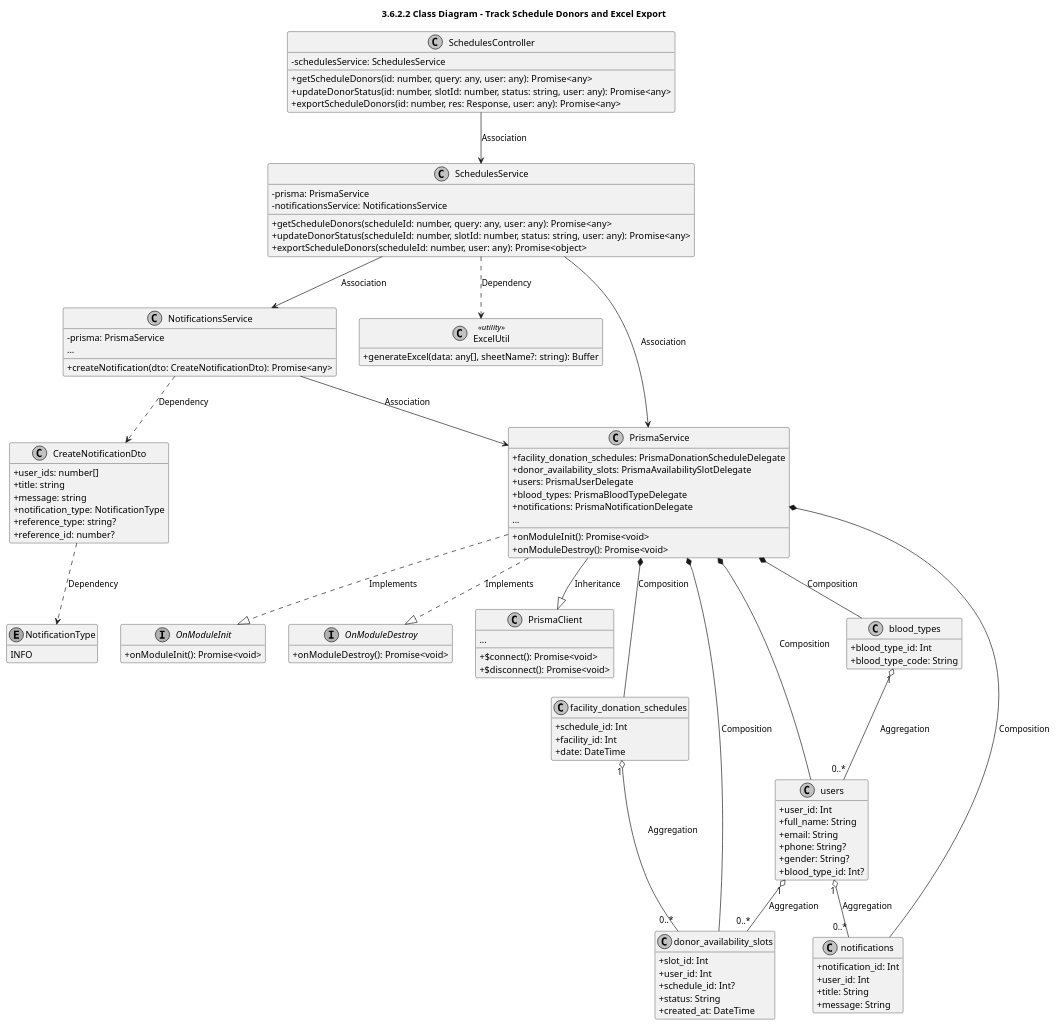
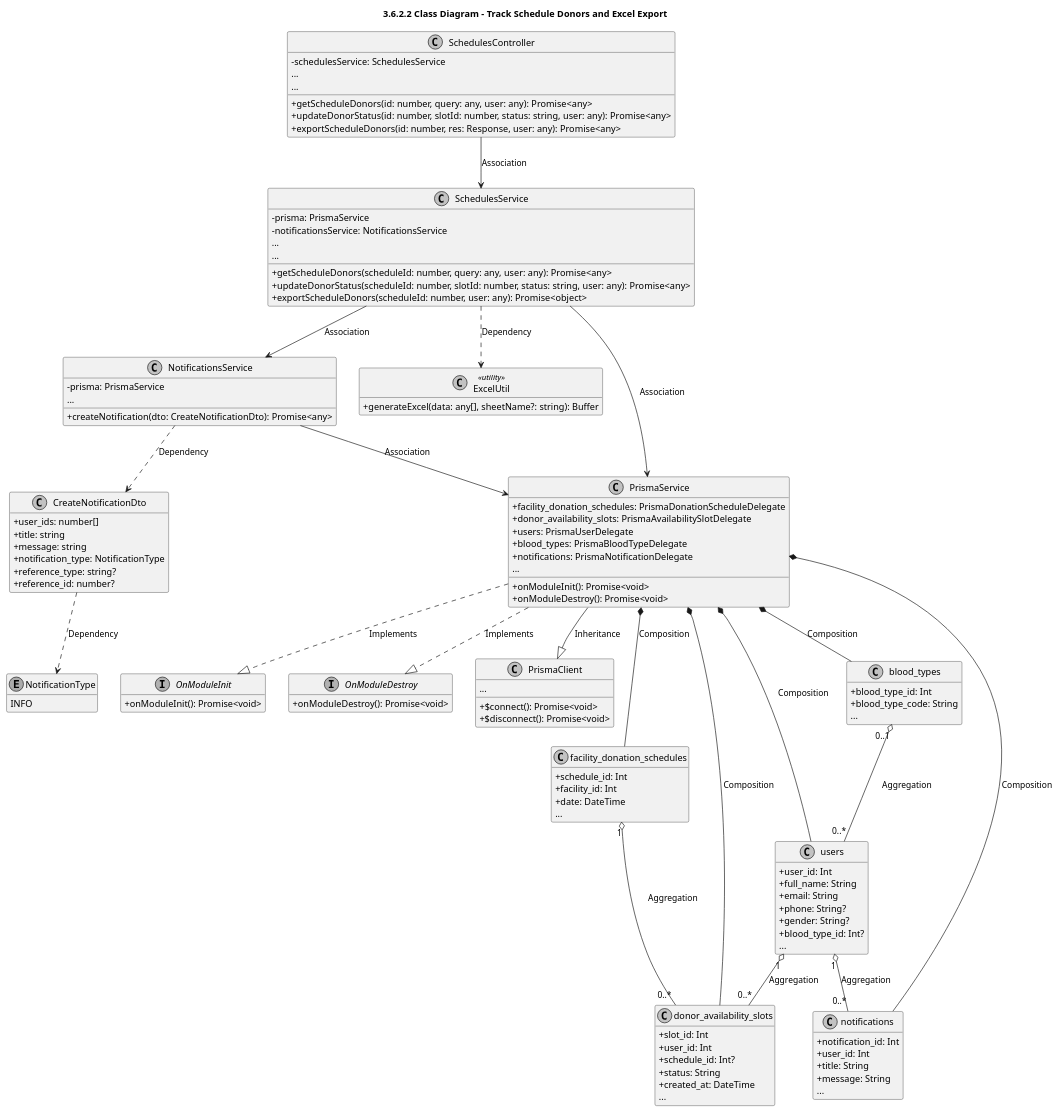
One commit to CuongBC195/class-diagram-donation-blood changed the third of 3 diagrams in modules_plantuml/06_schedules.md. Above: the diagram before and after it, drawn with PlantUML. The commit also changed other lines of this file and 39 other files, not shown here.

Commit message:
fix(diagrams): apply strict ellipsis rules and synchronize entity/DTO relationships across all 13 modules

````diff
--- a/modules_plantuml/06_schedules.md
+++ b/modules_plantuml/06_schedules.md
@@ -308,9 +320,11 @@
 
 class SchedulesController {
   -schedulesService: SchedulesService
+  ...
   +getScheduleDonors(id: number, query: any, user: any): Promise<any>
   +updateDonorStatus(id: number, slotId: number, status: string, user: any): Promise<any>
   +exportScheduleDonors(id: number, res: Response, user: any): Promise<any>
+  ...
 }
 
 class CreateNotificationDto {
@@ -329,9 +343,11 @@
 class SchedulesService {
   -prisma: PrismaService
   -notificationsService: NotificationsService
+  ...
   +getScheduleDonors(scheduleId: number, query: any, user: any): Promise<any>
   +updateDonorStatus(scheduleId: number, slotId: number, status: string, user: any): Promise<any>
   +exportScheduleDonors(scheduleId: number, user: any): Promise<object>
+  ...
 }
 
 class NotificationsService {
@@ -373,6 +389,7 @@
   +schedule_id: Int
   +facility_id: Int
   +date: DateTime
+  ...
 }
 
 class donor_availability_slots {
@@ -381,6 +398,7 @@
   +schedule_id: Int?
   +status: String
   +created_at: DateTime
+  ...
 }
 
 class users {
@@ -390,11 +408,13 @@
   +phone: String?
   +gender: String?
   +blood_type_id: Int?
+  ...
 }
 
 class blood_types {
   +blood_type_id: Int
   +blood_type_code: String
+  ...
 }
 
 class notifications {
@@ -402,6 +422,7 @@
   +user_id: Int
   +title: String
   +message: String
+  ...
 }
 
 SchedulesController --> SchedulesService : Association
@@ -421,7 +442,7 @@
 PrismaService *-- notifications : Composition
 facility_donation_schedules "1" o-- "0..*" donor_availability_slots : Aggregation
 users "1" o-- "0..*" donor_availability_slots : Aggregation
-blood_types "1" o-- "0..*" users : Aggregation
+blood_types "0..1" o-- "0..*" users : Aggregation
 users "1" o-- "0..*" notifications : Aggregation
 @enduml
 ```
````
